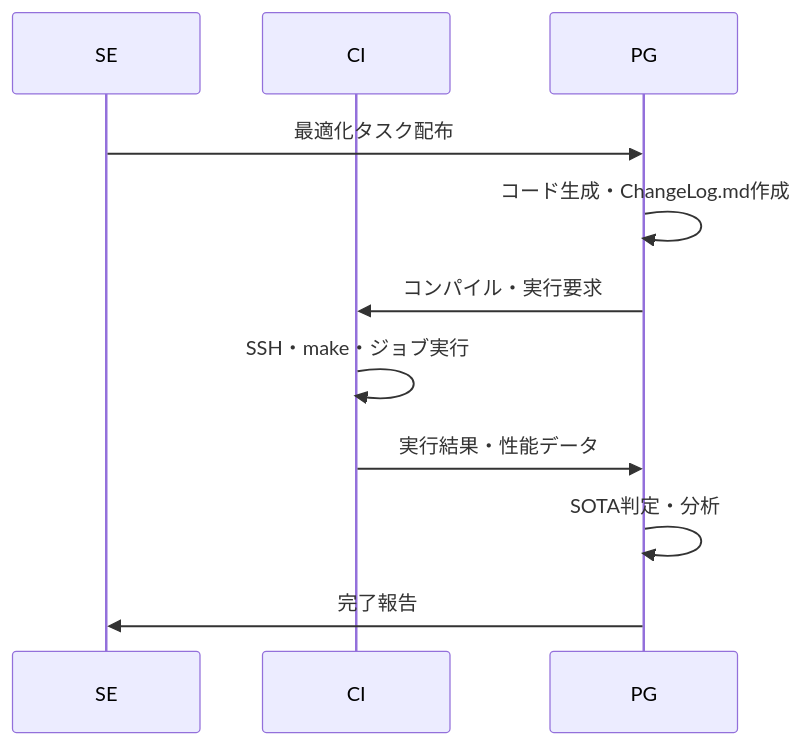
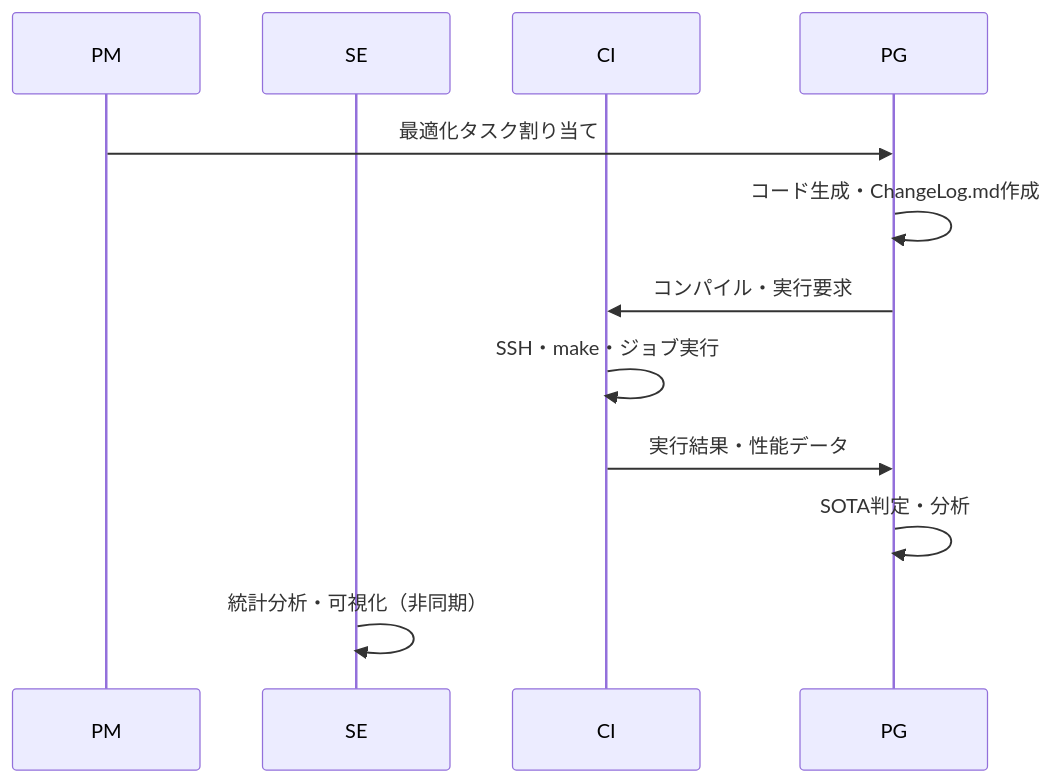
Before and after one commit to erkinalp/VibeCodeHPC-tr: the third of 3 diagrams in README.md, drawn with Mermaid. The commit also changed other lines of this file, not shown here.

````diff
--- a/README.md
+++ b/README.md
@@ -94,14 +95,15 @@
 ```mermaid
 sequenceDiagram
+    participant PM as PM
     participant SE as SE
     participant CI as CI
     participant PG as PG
     
-    SE->>PG: 最適化タスク配布
+    PM->>PG: 最適化タスク割り当て
     PG->>PG: コード生成・ChangeLog.md作成
     PG->>CI: コンパイル・実行要求
     CI->>CI: SSH・make・ジョブ実行
     CI->>PG: 実行結果・性能データ
     PG->>PG: SOTA判定・分析
-    PG->>SE: 完了報告
+    SE->>SE: 統計分析・可視化（非同期）
 ```
````
